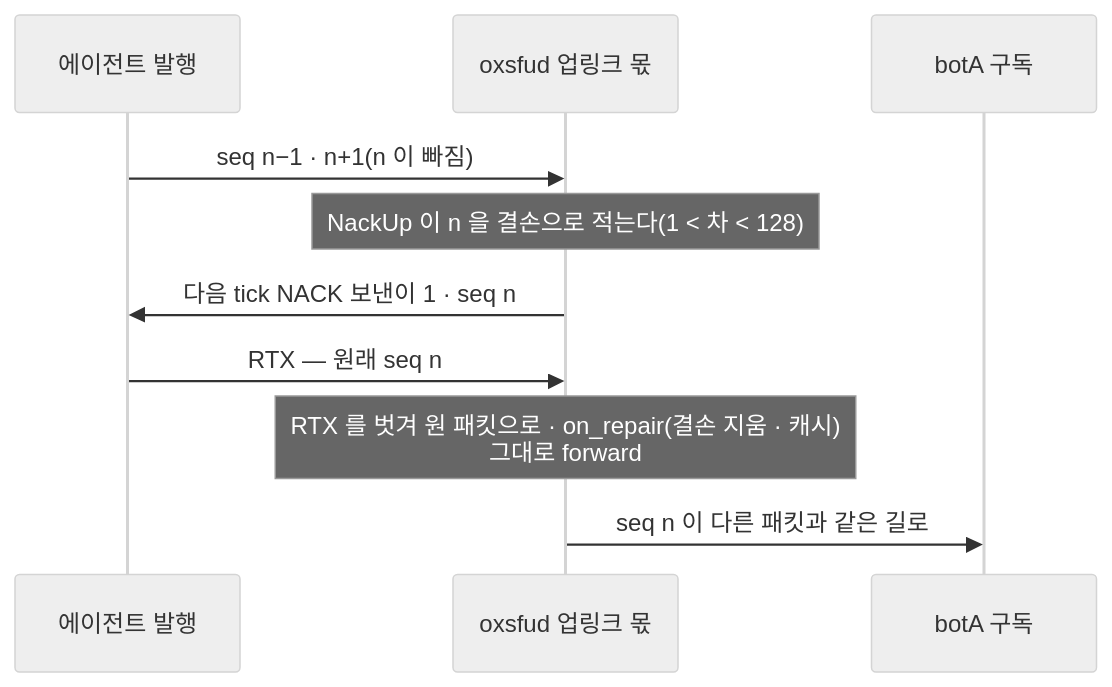
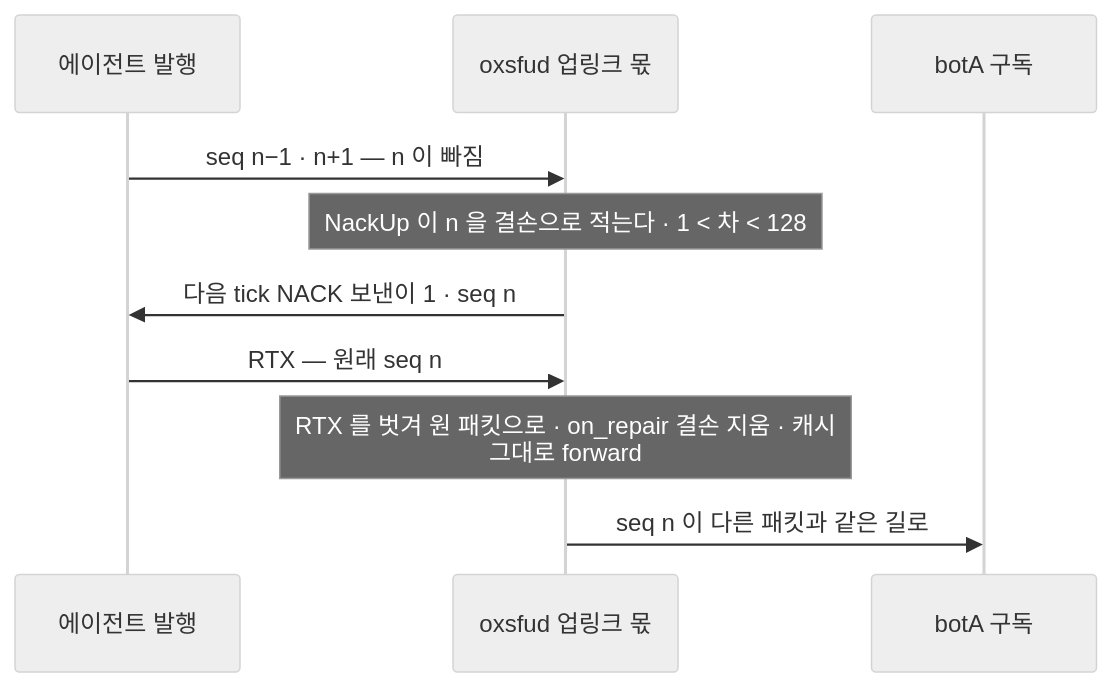
Before and after one commit to kodeholic9/oxlens-sfu: the fourth of 5 diagrams in docs/learn/04_PACKET_PATH.md, drawn with Mermaid (neutral theme). The commit also changed other lines of this file and 19 other files, not shown here.

````diff
--- a/docs/learn/04_PACKET_PATH.md
+++ b/docs/learn/04_PACKET_PATH.md
@@ -179,12 +193,12 @@
 ```mermaid
 sequenceDiagram
   participant G as 에이전트 발행
   participant S as oxsfud 업링크 몫
   participant A as botA 구독
-  G->>S: seq n−1 · n+1(n 이 빠짐)
-  Note over S: NackUp 이 n 을 결손으로 적는다(1 < 차 < 128)
+  G->>S: seq n−1 · n+1 — n 이 빠짐
+  Note over S: NackUp 이 n 을 결손으로 적는다 · 1 < 차 < 128
   S->>G: 다음 tick NACK 보낸이 1 · seq n
   G->>S: RTX — 원래 seq n
-  Note over S: RTX 를 벗겨 원 패킷으로 · on_repair(결손 지움 · 캐시)<br/>그대로 forward
+  Note over S: RTX 를 벗겨 원 패킷으로 · on_repair 결손 지움 · 캐시<br/>그대로 forward
   S->>A: seq n 이 다른 패킷과 같은 길로
 ```
````
